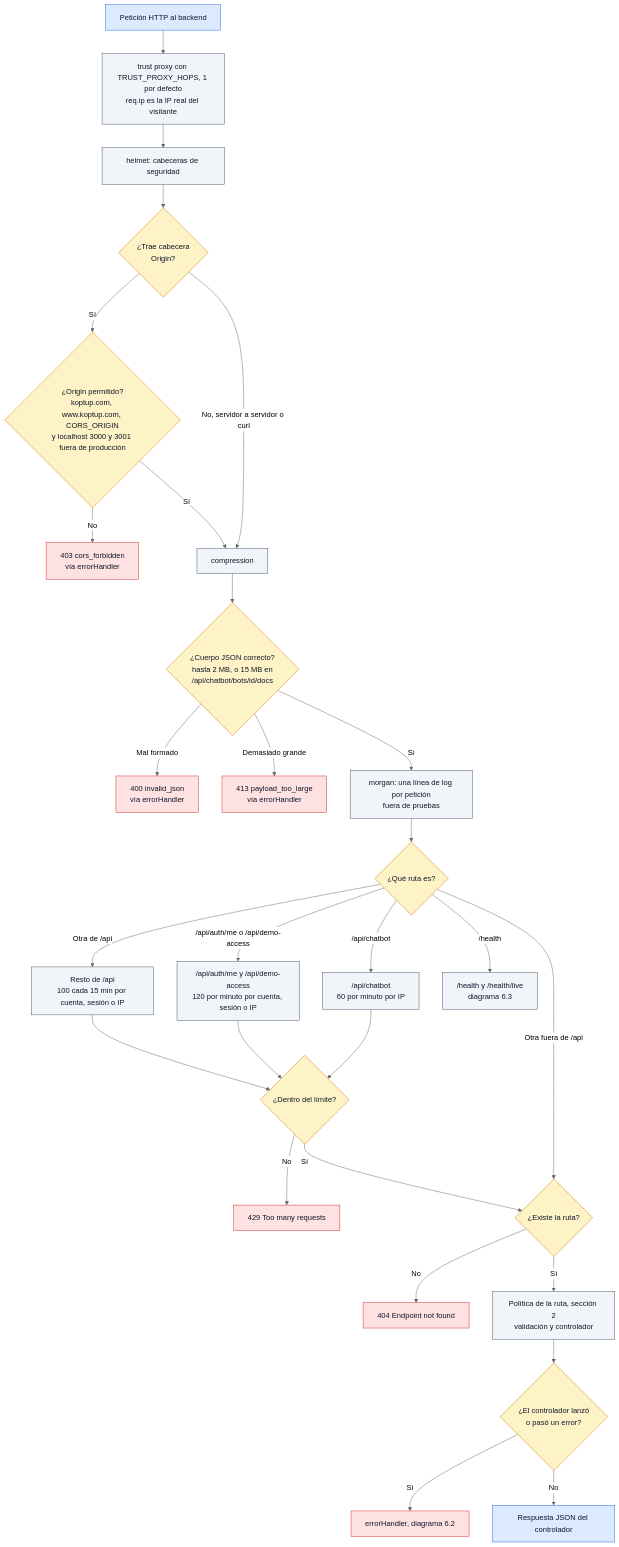
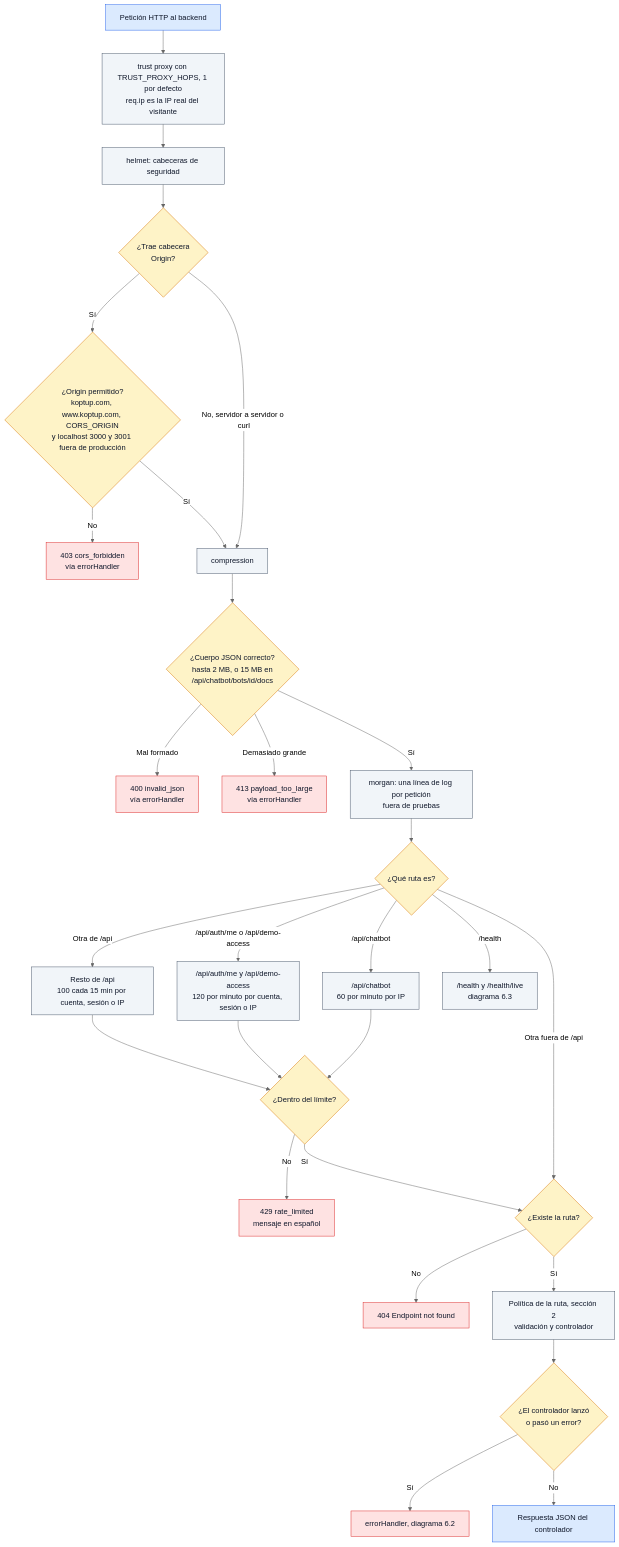
Before and after one commit to ronalc90/koptup: diagram 17 of 23 in docs/wiki/Doc-14-3-Flujos-Tecnicos.md, drawn with Mermaid (neutral theme). The commit also changed other lines of this file and 116 other files, not shown here.

````diff
--- a/docs/wiki/Doc-14-3-Flujos-Tecnicos.md
+++ b/docs/wiki/Doc-14-3-Flujos-Tecnicos.md
@@ -1023,59 +1027,59 @@
 ```mermaid
 flowchart TD
     classDef visitante fill:#dbeafe,stroke:#2563eb,color:#0f172a
     classDef sistema fill:#f1f5f9,stroke:#475569,color:#0f172a
     classDef admin fill:#f3e8ff,stroke:#9333ea,color:#0f172a
     classDef aviso fill:#dcfce7,stroke:#16a34a,color:#0f172a
     classDef decision fill:#fef3c7,stroke:#d97706,color:#0f172a
     classDef error fill:#fee2e2,stroke:#dc2626,color:#0f172a
     classDef externo fill:#fdf4ff,stroke:#c026d3,color:#0f172a
 
     IN["Petición HTTP al backend"]:::visitante
     TP["trust proxy con TRUST_PROXY_HOPS, 1 por defecto<br/>req.ip es la IP real del visitante"]:::sistema
     HE["helmet: cabeceras de seguridad"]:::sistema
     O1{"¿Trae cabecera<br/>Origin?"}:::decision
     O2{"¿Origin permitido?<br/>koptup.com, www.koptup.com, CORS_ORIGIN<br/>y localhost 3000 y 3001 fuera de producción"}:::decision
     E403["403 cors_forbidden<br/>vía errorHandler"]:::error
     CP["compression"]:::sistema
     J{"¿Cuerpo JSON correcto?<br/>hasta 2 MB, o 15 MB en<br/>/api/chatbot/bots/id/docs"}:::decision
     E400["400 invalid_json<br/>vía errorHandler"]:::error
     E413["413 payload_too_large<br/>vía errorHandler"]:::error
     MG["morgan: una línea de log por petición<br/>fuera de pruebas"]:::sistema
     RT{"¿Qué ruta es?"}:::decision
     L1["/api/chatbot<br/>60 por minuto por IP"]:::sistema
     L2["/api/auth/me y /api/demo-access<br/>120 por minuto por cuenta, sesión o IP"]:::sistema
     L3["Resto de /api<br/>100 cada 15 min por cuenta, sesión o IP"]:::sistema
     HC["/health y /health/live<br/>diagrama 6.3"]:::sistema
     RQ{"¿Dentro del límite?"}:::decision
-    E429["429 Too many requests"]:::error
+    E429["429 rate_limited<br/>mensaje en español"]:::error
     R{"¿Existe la ruta?"}:::decision
     E404["404 Endpoint not found"]:::error
     PO["Política de la ruta, sección 2<br/>validación y controlador"]:::sistema
     EH{"¿El controlador lanzó<br/>o pasó un error?"}:::decision
     ERR["errorHandler, diagrama 6.2"]:::error
     OK["Respuesta JSON del controlador"]:::visitante
 
     IN --> TP --> HE --> O1
     O1 -->|"No, servidor a servidor o curl"| CP
     O1 -->|Sí| O2
     O2 -->|No| E403
     O2 -->|Sí| CP
     CP --> J
     J -->|Mal formado| E400
     J -->|Demasiado grande| E413
     J -->|Sí| MG --> RT
     RT -->|"/api/chatbot"| L1
     RT -->|"/api/auth/me o /api/demo-access"| L2
     RT -->|"Otra de /api"| L3
     RT -->|"/health"| HC
     RT -->|"Otra fuera de /api"| R
     L1 --> RQ
     L2 --> RQ
     L3 --> RQ
     RQ -->|No| E429
     RQ -->|Sí| R
     R -->|No| E404
     R -->|Sí| PO --> EH
     EH -->|Sí| ERR
     EH -->|No| OK
 ```
````
